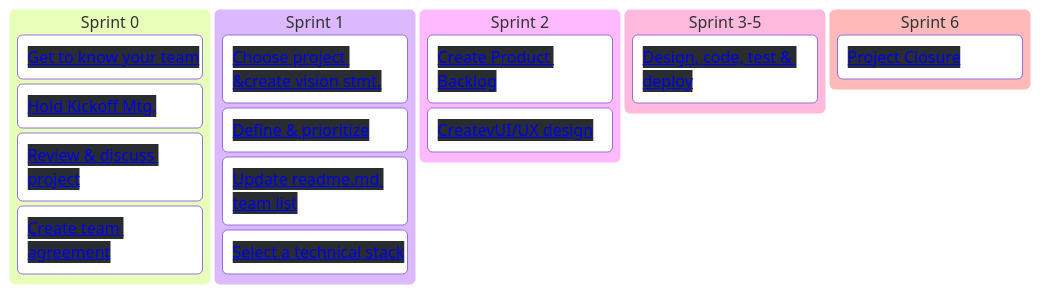
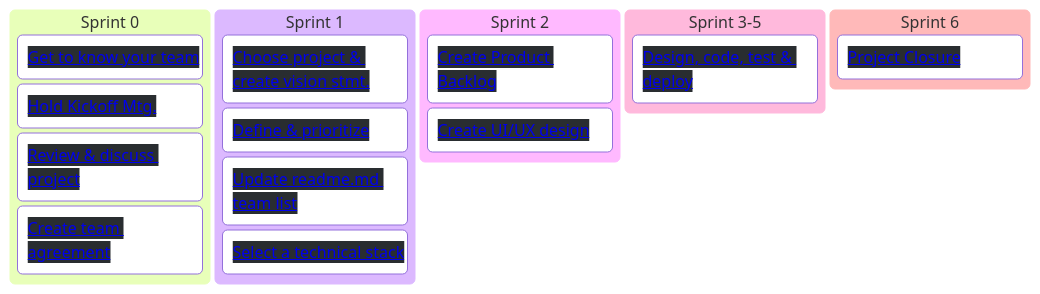
One commit to chingu-voyages/Handbook changed the first of 2 diagrams in docs/guides/voyage/voyage.md. Above: the diagram before and after it, drawn with Mermaid. The commit also changed other lines of this file, not shown here.

````diff
--- a/docs/guides/voyage/voyage.md
+++ b/docs/guides/voyage/voyage.md
@@ -80,20 +80,20 @@
 ```mermaid
   kanban
     column1[Sprint 0]
       Get to know your team["<a style="background-color:#292d30" href="https://github.com/chingu-voyages/Handbook/blob/main/docs/guides/voyage/voyage.md#1-get-to-know-your-team-">Get to know your team</a>"]
       Hold your kickoff mtg.["<a style="background-color:#292d30" href="https://github.com/chingu-voyages/Handbook/blob/main/docs/guides/voyage/voyage.md#3-hold-a-kickoff-meeting-%E2%80%8D">Hold Kickoff Mtg.</a>"]
       Review & discuss project["<a style="background-color:#292d30" href="https://github.com/chingu-voyages/Handbook/blob/main/docs/guides/voyage/voyage.md#3-hold-a-kickoff-meeting-%E2%80%8D">Review & discuss project</a>"]
       Create team agreement["<a style="background-color:#292d30" href="https://github.com/chingu-voyages/Handbook/blob/main/docs/guides/voyage/voyage.md#4-Create-your-teams-working-agreements-">Create team agreement</a>"]
     column2[Sprint 1]
-      Choose project & create vision stmt["<a style="background-color:#292d30" href="https://github.com/chingu-voyages/Handbook/blob/main/docs/guides/voyage/voyage.md#5-choose-a-project--create-a-vision-statement-">Choose project &create vision stmt.</a>"]
+      Choose project & create vision stmt["<a style="background-color:#292d30" href="https://github.com/chingu-voyages/Handbook/blob/main/docs/guides/voyage/voyage.md#5-choose-a-project--create-a-vision-statement-">Choose project & create vision stmt.</a>"]
       Define & prioritize features["<a style="background-color:#292d30" href="https://github.com/chingu-voyages/Handbook/blob/main/docs/guides/voyage/voyage.md#6-define--prioritize-mvp-features-">Define & prioritize</ features</a>"]
       Update team list in Readme["<a style="background-color:#292d30" href="https://github.com/chingu-voyages/Handbook/blob/main/docs/guides/voyage/voyage.md#7-add-your-info-to-the-team-list-in-your-readmemd-%EF%B8%8F">Update readme.md team list</a>"]
       Select technical stack["<a style="background-color:#292d30" href="https://github.com/chingu-voyages/Handbook/blob/main/docs/guides/voyage/voyage.md#8-select-a-technical-stack-%EF%B8%8F">Select a technical stack</a>"]
     column3[Sprint 2]
       Create Product Backlog["<a style="background-color:#292d30" href="https://github.com/chingu-voyages/Handbook/blob/main/docs/guides/voyage/voyage.md#9-setup-product-backlog-">Create Product Backlog</a>"]
-      Create UI/UX design["<a style="background-color:#292d30" href="https://github.com/chingu-voyages/Handbook/blob/main/docs/guides/voyage/voyage.md#10-create-a-uiux-design-%EF%B8%8F">CreatevUI/UX design</a>"]
+      Create UI/UX design["<a style="background-color:#292d30" href="https://github.com/chingu-voyages/Handbook/blob/main/docs/guides/voyage/voyage.md#10-create-a-uiux-design-%EF%B8%8F">Create UI/UX design</a>"]
     column4[Sprint 3-5]
       Design, code, test & deploy["<a style="background-color:#292d30" href="https://github.com/chingu-voyages/Handbook/blob/main/docs/guides/voyage/voyage.md#11-sprint-3-5---reaching-your-mvp-">Design, code, test & deploy</a>"]
     column5[Sprint 6]
       Project Closure["<a style="background-color:#292d30" href="https://github.com/chingu-voyages/Handbook/blob/main/docs/guides/voyage/voyage.md#12-sprint-3-5---reaching-your-mvp-">Project Closure</a>"]
 ```
````
